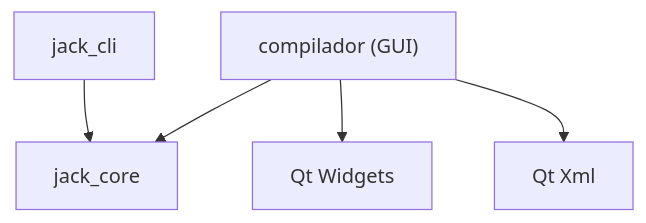
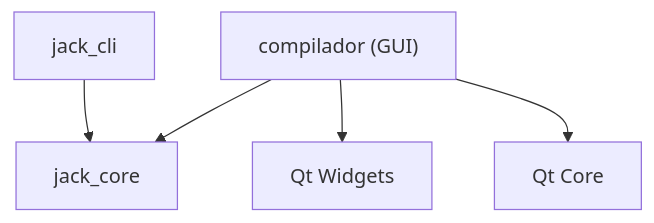
Before and after one commit to slovich/JackCompiler: the second of 2 diagrams in docs/tecnico/arquitetura.md, drawn with Mermaid. The commit also changed other lines of this file and 7 other files, not shown here.

````diff
--- a/docs/tecnico/arquitetura.md
+++ b/docs/tecnico/arquitetura.md
@@ -117,7 +132,7 @@
 ```mermaid
 flowchart TD
     A["jack_cli"] --> C["jack_core"]
     B["compilador (GUI)"] --> C
     B --> D["Qt Widgets"]
-    B --> E["Qt Xml"]
+    B --> E["Qt Core"]
 ```
````
